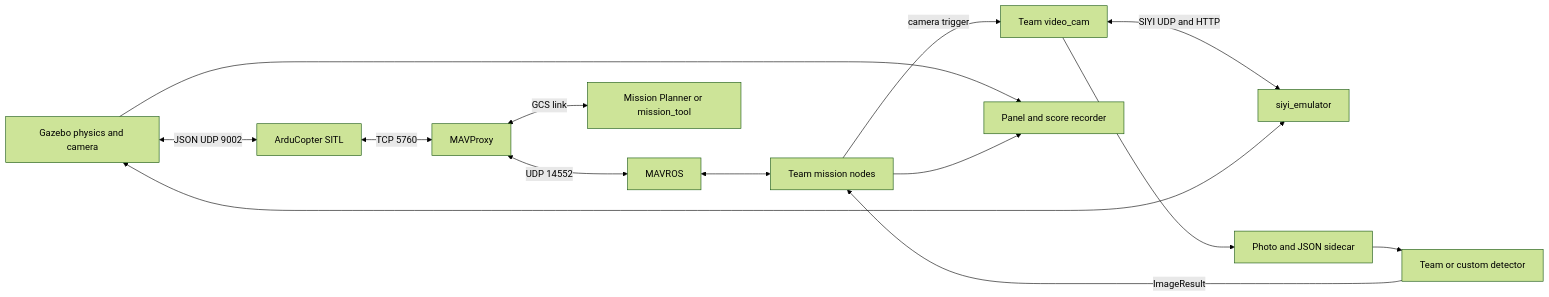
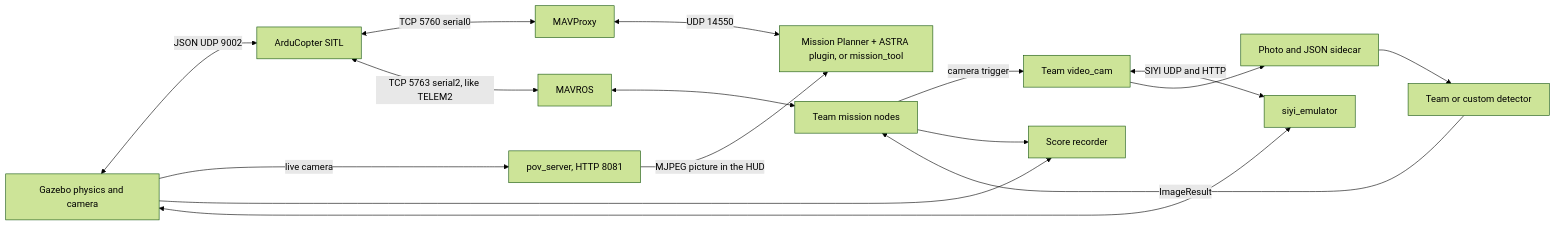
One commit to CPP-Aerial-Vision-Analysis-System/ODLC_Machine_Inferencing_System_2025-2026 changed the diagram in docs/simulation/ARCHITECTURE.md. Above: the diagram before and after it, drawn with Mermaid (forest theme). The commit also changed other lines of this file and 79 other files, not shown here.

````diff
--- a/docs/simulation/ARCHITECTURE.md
+++ b/docs/simulation/ARCHITECTURE.md
@@ -10,16 +10,18 @@
 ```mermaid
 flowchart LR
   Gazebo[Gazebo physics and camera] <-->|JSON UDP 9002| SITL[ArduCopter SITL]
-  SITL <-->|TCP 5760| Proxy[MAVProxy]
-  Proxy <-->|UDP 14552| MAVROS
-  Proxy <-->|GCS link| GCS[Mission Planner or mission_tool]
+  SITL <-->|TCP 5760 serial0| Proxy[MAVProxy]
+  SITL <-->|TCP 5763 serial2, like TELEM2| MAVROS
+  Proxy <-->|UDP 14550| GCS[Mission Planner + ASTRA plugin, or mission_tool]
   MAVROS <--> Brain[Team mission nodes]
   Brain -->|camera trigger| Driver[Team video_cam]
   Driver <-->|SIYI UDP and HTTP| Emulator[siyi_emulator]
   Emulator <--> Gazebo
   Driver --> Photos[Photo and JSON sidecar]
   Photos --> Detector[Team or custom detector]
   Detector -->|ImageResult| Brain
-  Gazebo --> Score[Panel and score recorder]
+  Gazebo -->|live camera| POV[pov_server, HTTP 8081]
+  POV -->|MJPEG picture in the HUD| GCS
+  Gazebo --> Score[Score recorder]
   Brain --> Score
 ```
````
